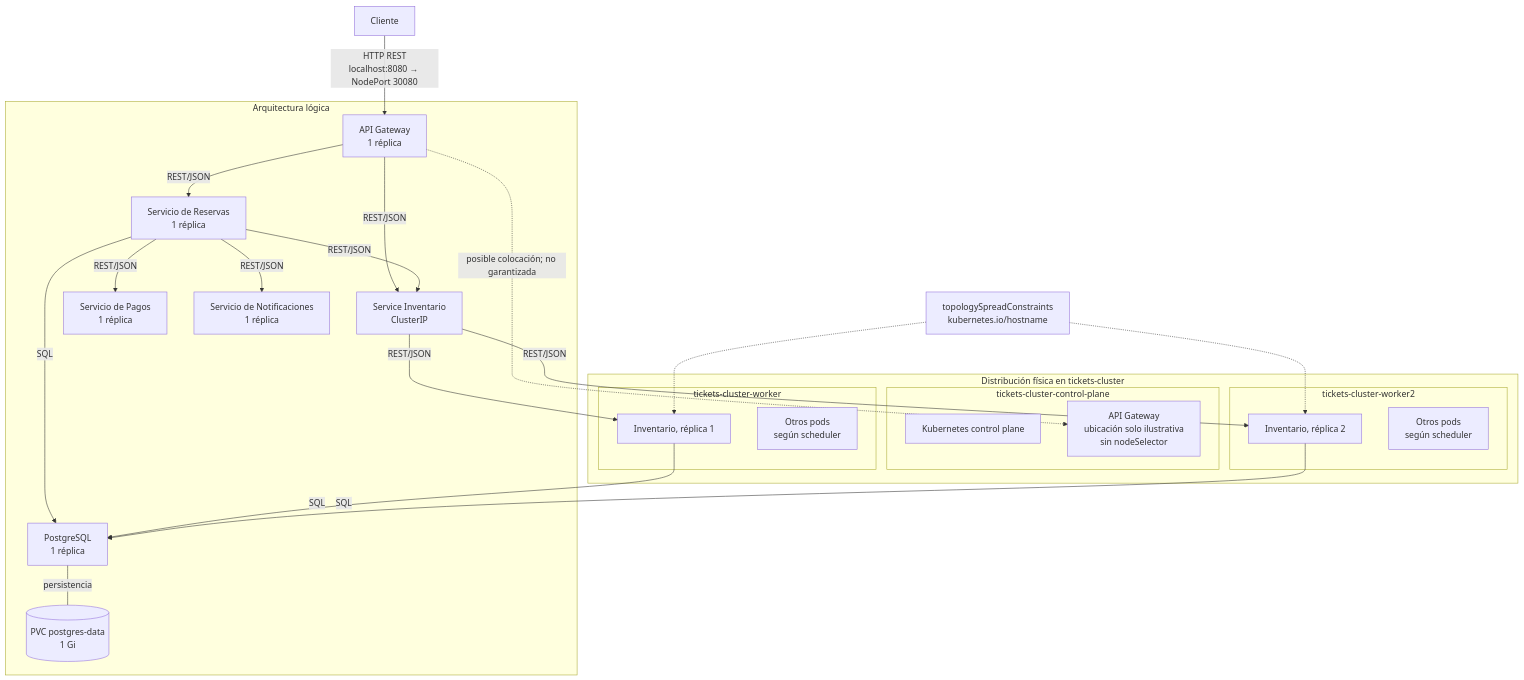
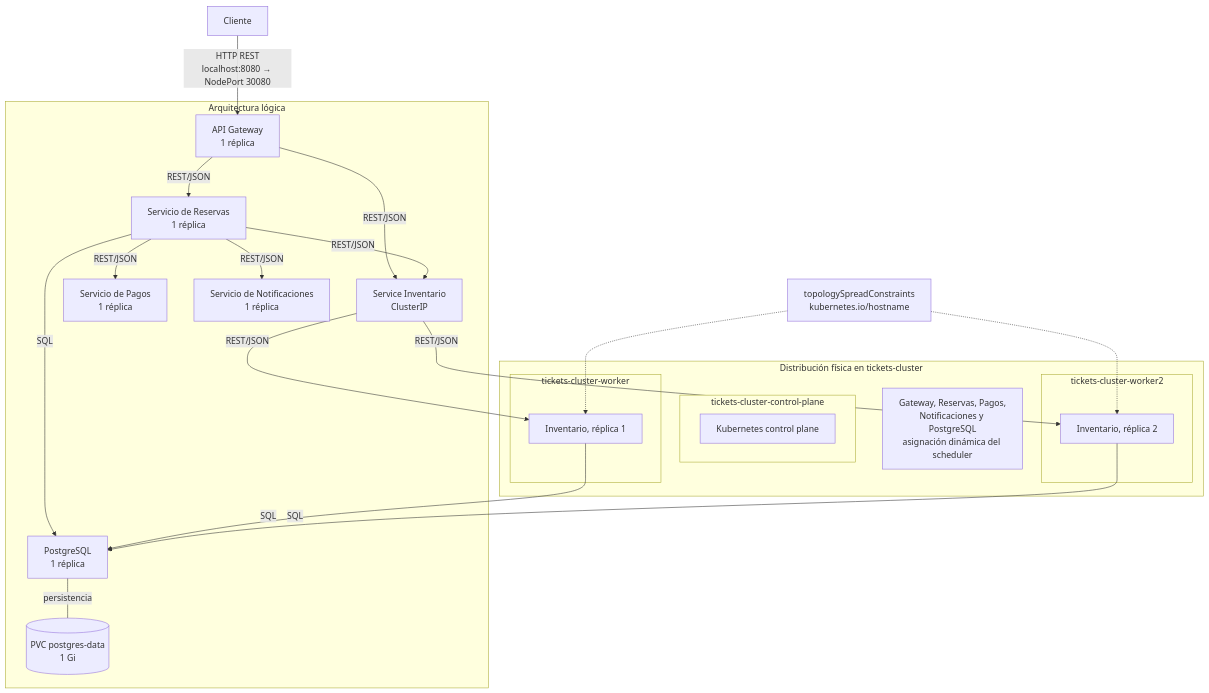
Before and after one commit to scomygod/practica-tolerancia-fallos: the diagram in docs/architecture.md, drawn with Mermaid. The commit also changed other lines of this file and 39 other files, not shown here.

````diff
--- a/docs/architecture.md
+++ b/docs/architecture.md
@@ -3,50 +3,48 @@
 ```mermaid
 flowchart TB
     client["Cliente"]
 
     subgraph logical["Arquitectura lógica"]
         gateway["API Gateway<br/>1 réplica"]
         reservations["Servicio de Reservas<br/>1 réplica"]
         inventoryService["Service Inventario<br/>ClusterIP"]
         payments["Servicio de Pagos<br/>1 réplica"]
         notifications["Servicio de Notificaciones<br/>1 réplica"]
         postgres["PostgreSQL<br/>1 réplica"]
         pvc[("PVC postgres-data<br/>1 Gi")]
     end
 
     client -->|"HTTP REST<br/>localhost:8080 → NodePort 30080"| gateway
     gateway -->|"REST/JSON"| reservations
     gateway -->|"REST/JSON"| inventoryService
     reservations -->|"REST/JSON"| inventoryService
     reservations -->|"REST/JSON"| payments
     reservations -->|"REST/JSON"| notifications
     reservations -->|"SQL"| postgres
     postgres ---|"persistencia"| pvc
 
     subgraph physical["Distribución física en tickets-cluster"]
         subgraph controlPlane["tickets-cluster-control-plane"]
             control["Kubernetes control plane"]
-            gatewayExample["API Gateway<br/>ubicación solo ilustrativa<br/>sin nodeSelector"]
         end
 
         subgraph workerOne["tickets-cluster-worker"]
             inventoryOne["Inventario, réplica 1"]
-            otherPodsOne["Otros pods<br/>según scheduler"]
         end
 
         subgraph workerTwo["tickets-cluster-worker2"]
             inventoryTwo["Inventario, réplica 2"]
-            otherPodsTwo["Otros pods<br/>según scheduler"]
         end
+
+        dynamicPods["Gateway, Reservas, Pagos,<br/>Notificaciones y PostgreSQL<br/>asignación dinámica del scheduler"]
     end
 
     inventoryService -->|"REST/JSON"| inventoryOne
     inventoryService -->|"REST/JSON"| inventoryTwo
     inventoryOne -->|"SQL"| postgres
     inventoryTwo -->|"SQL"| postgres
 
-    gateway -.->|"posible colocación; no garantizada"| gatewayExample
     spread["topologySpreadConstraints<br/>kubernetes.io/hostname"]
     spread -.-> inventoryOne
     spread -.-> inventoryTwo
 ```
````
